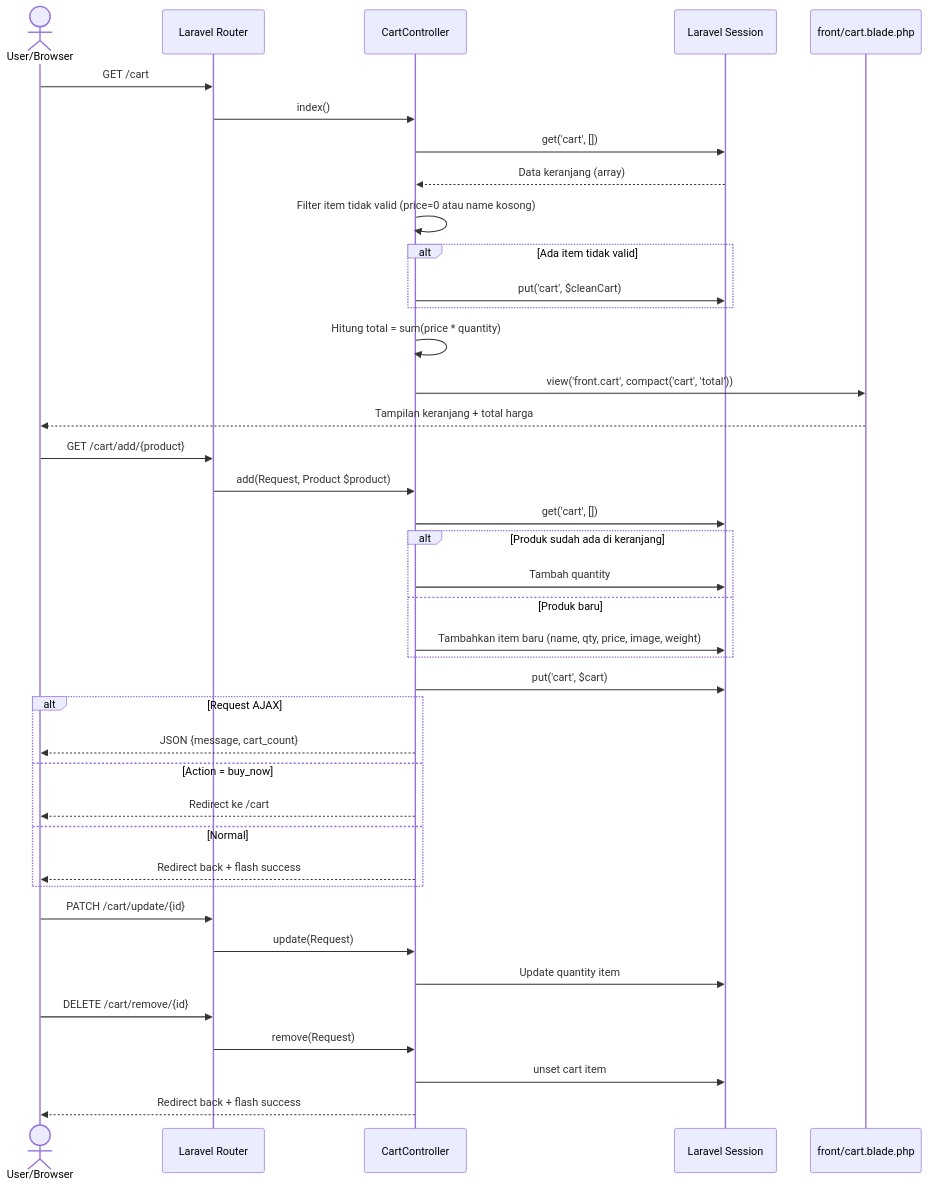
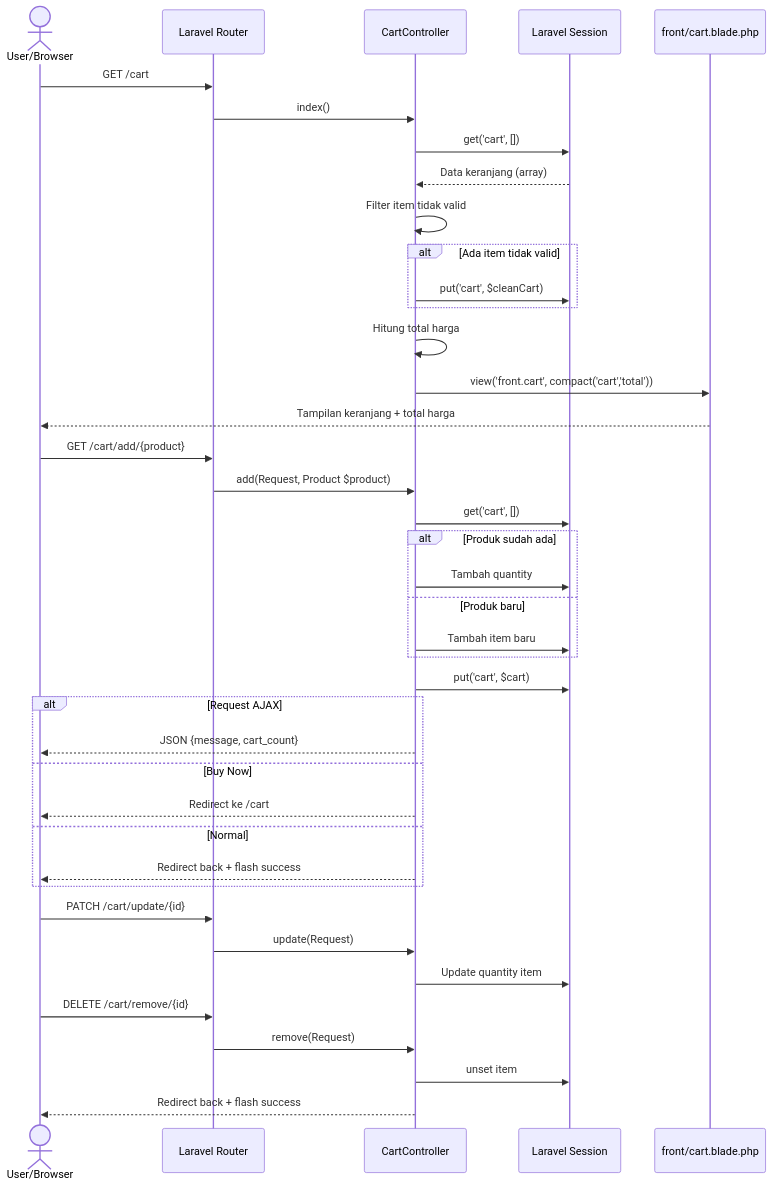
Before and after one commit to mustarisyahding07-spec/WEBSITE_SKRIPSI_MUSTARI: the fourth of 17 diagrams in docs/SEQUENCE_DIAGRAM_DOKUMENTASI.md, drawn with Mermaid. The commit also changed other lines of this file, not shown here.

Commit message:
docs: perbarui penjelasan sequence diagram ke format paragraf akademik

````diff
--- a/docs/SEQUENCE_DIAGRAM_DOKUMENTASI.md
+++ b/docs/SEQUENCE_DIAGRAM_DOKUMENTASI.md
@@ -192,48 +167,46 @@
 ```mermaid
 sequenceDiagram
     actor User as User/Browser
     participant Router as Laravel Router
     participant CC as CartController
     participant Session as Laravel Session
     participant View as front/cart.blade.php
 
     User->>Router: GET /cart
     Router->>CC: index()
     CC->>Session: get('cart', [])
     Session-->>CC: Data keranjang (array)
-
-    CC->>CC: Filter item tidak valid (price=0 atau name kosong)
+    CC->>CC: Filter item tidak valid
     alt Ada item tidak valid
         CC->>Session: put('cart', $cleanCart)
     end
-
-    CC->>CC: Hitung total = sum(price * quantity)
-    CC->>View: view('front.cart', compact('cart', 'total'))
+    CC->>CC: Hitung total harga
+    CC->>View: view('front.cart', compact('cart','total'))
     View-->>User: Tampilan keranjang + total harga
 
     User->>Router: GET /cart/add/{product}
     Router->>CC: add(Request, Product $product)
     CC->>Session: get('cart', [])
-    alt Produk sudah ada di keranjang
+    alt Produk sudah ada
         CC->>Session: Tambah quantity
     else Produk baru
-        CC->>Session: Tambahkan item baru (name, qty, price, image, weight)
+        CC->>Session: Tambah item baru
     end
     CC->>Session: put('cart', $cart)
     alt Request AJAX
         CC-->>User: JSON {message, cart_count}
-    else Action = buy_now
+    else Buy Now
         CC-->>User: Redirect ke /cart
     else Normal
         CC-->>User: Redirect back + flash success
     end
 
     User->>Router: PATCH /cart/update/{id}
     Router->>CC: update(Request)
     CC->>Session: Update quantity item
 
     User->>Router: DELETE /cart/remove/{id}
     Router->>CC: remove(Request)
-    CC->>Session: unset cart item
+    CC->>Session: unset item
     CC-->>User: Redirect back + flash success
 ```
````
